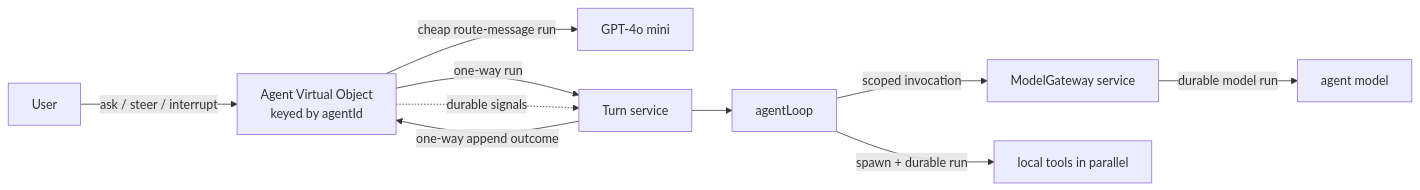
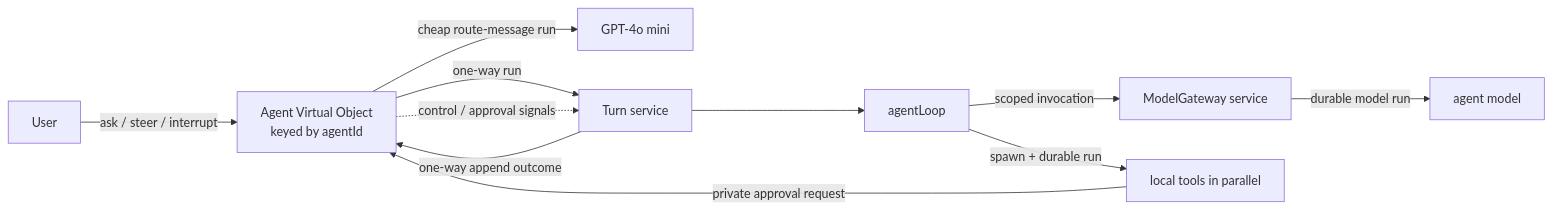
One commit to restatedev/agent changed the diagram in README.md. Above: the diagram before and after it, drawn with Mermaid. The commit also changed other lines of this file and 7 other files, not shown here.

````diff
--- a/README.md
+++ b/README.md
@@ -7,12 +7,13 @@
 ```mermaid
 flowchart LR
   User -->|"ask / steer / interrupt"| Agent["Agent Virtual Object\nkeyed by agentId"]
   Agent -->|"cheap route-message run"| Router["GPT-4o mini"]
   Agent -->|"one-way run"| Turn["Turn service"]
-  Agent -.->|"durable signals"| Turn
+  Agent -.->|"control / approval signals"| Turn
   Turn --> Loop["agentLoop"]
   Loop -->|"scoped invocation"| Gateway["ModelGateway service"]
   Gateway -->|"durable model run"| Model["agent model"]
   Loop -->|"spawn + durable run"| Tools["local tools in parallel"]
+  Tools -->|"private approval request"| Agent
   Turn -->|"one-way append outcome"| Agent
 ```
````
